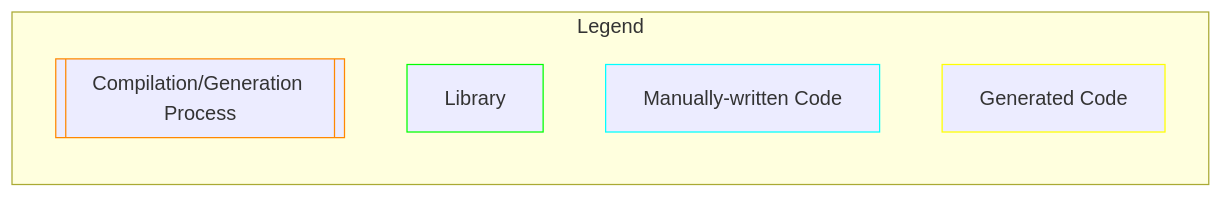
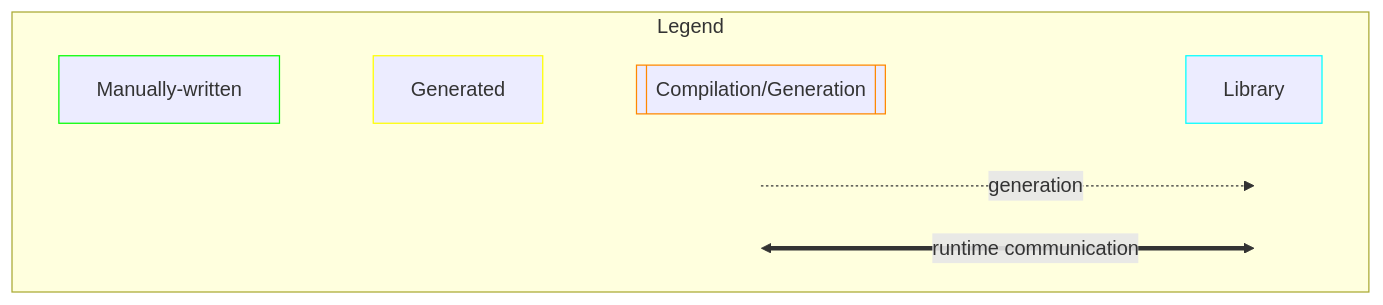
One commit to awslabs/smithy-dafny changed the diagram in designs/legend.md. Above: the diagram before and after it, drawn with Mermaid. The commit also changed 2 other files, not shown here.

````diff
--- a/designs/legend.md
+++ b/designs/legend.md
@@ -1,14 +1,19 @@
 ```mermaid
 flowchart LR
-  classDef Process stroke:#f80
-  classDef Library stroke:#0f0
-  classDef Authored stroke:#0ff
-  classDef Generated stroke:#ff0
+    classDef Process stroke:#f80
+    classDef Library stroke:#0ff
+    classDef Authored stroke:#0f0
+    classDef Generated stroke:#ff0
+  classDef hidden display: none;
 
   subgraph Legend
-      Process[[Compilation/Generation Process]]:::Process
-      Library:::Library
-      Authored["Manually-written Code"]:::Authored
-      Generated["Generated Code"]:::Generated
+    direction LR
+    Authored["Manually-written"]:::Authored ~~~
+    Generated["Generated"]:::Generated ~~~
+    Process[[Compilation/Generation]]:::Process ~~~
+    Library:::Library
+    
+    HIDDEN1:::hidden -. generation .-> HIDDEN2:::hidden
+    HIDDEN3:::hidden <== runtime communication ==> HIDDEN4:::hidden
   end
 ```
````
